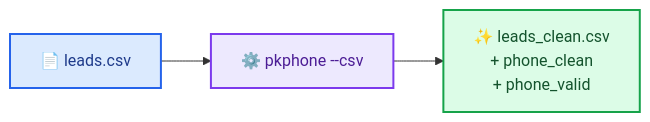
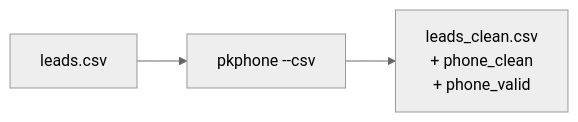
The second of 3 diagrams in README.md (Hafsa-Anwar65/pkphone), drawn with Mermaid before and after one commit. The commit also changed other lines of this file and 1 other file, not shown here.

Commit message:
Professional README with neutral header

````diff
--- a/README.md
+++ b/README.md
@@ -192,8 +178,5 @@
 ```mermaid
+%%{init: {'theme': 'neutral'}}%%
 flowchart LR
-    A["📄 leads.csv"]:::file --> B["⚙️ pkphone --csv"]:::step --> C["✨ leads_clean.csv<br/>+ phone_clean<br/>+ phone_valid"]:::ok
-
-    classDef file fill:#DBEAFE,stroke:#2563EB,stroke-width:2px,color:#1E3A8A
-    classDef step fill:#EDE9FE,stroke:#7C3AED,stroke-width:2px,color:#4C1D95
-    classDef ok fill:#DCFCE7,stroke:#16A34A,stroke-width:2px,color:#14532D
+    A["leads.csv"] --> B["pkphone --csv"] --> C["leads_clean.csv<br/>+ phone_clean<br/>+ phone_valid"]
 ```
````
